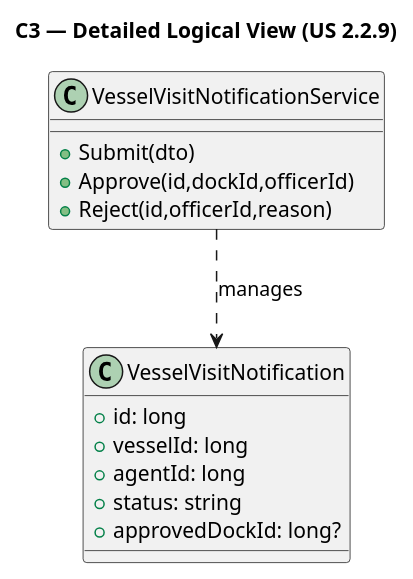
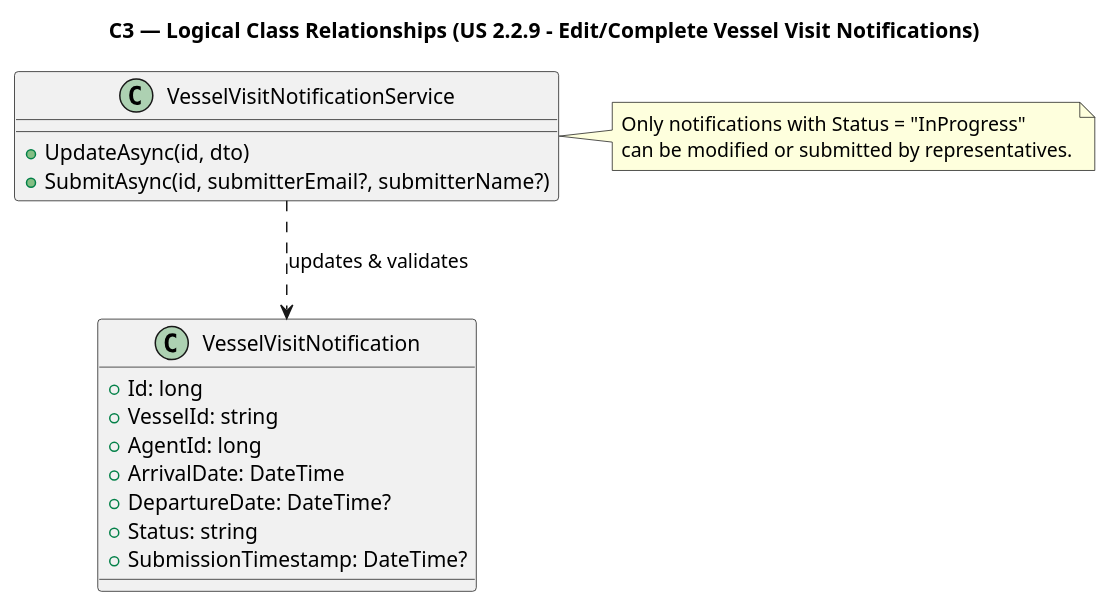
The diagram in Docs/Sprint A/US 2.2.9/Modelo C4/C3_Logica.puml (Departamento-de-Engenharia-Informatica/LEI-SEM5-PI-2025-26-3DM-03), drawn with PlantUML before and after one commit. The commit also changed other lines of this file and 12 other files, not shown here.

Commit message:
Refactor UML diagrams for Vessel Visit Notifications #10

```diff
--- a/Docs/Sprint A/US 2.2.9/Modelo C4/C3_Logica.puml
+++ b/Docs/Sprint A/US 2.2.9/Modelo C4/C3_Logica.puml
@@ -2,20 +1,26 @@
 @startuml C3_Logica
-title C3 — Detailed Logical View (US 2.2.9)
+title C3 — Logical Class Relationships (US 2.2.9 – Edit/Complete Vessel Visit Notifications)
 
 class VesselVisitNotification {
-  +id: long
-  +vesselId: long
-  +agentId: long
-  +status: string
-  +approvedDockId: long?
+  +Id: long
+  +VesselId: string
+  +AgentId: long
+  +ArrivalDate: DateTime
+  +DepartureDate: DateTime?
+  +Status: string
+  +SubmissionTimestamp: DateTime?
 }
 
 class VesselVisitNotificationService {
-  +Submit(dto)
-  +Approve(id,dockId,officerId)
-  +Reject(id,officerId,reason)
+  +UpdateAsync(id, dto)
+  +SubmitAsync(id, submitterEmail?, submitterName?)
 }
 
-VesselVisitNotificationService ..> VesselVisitNotification : manages
+VesselVisitNotificationService ..> VesselVisitNotification : updates & validates
+
+note right
+Only notifications with Status = "InProgress"
+can be modified or submitted by representatives.
+end note
 
 @enduml
```
